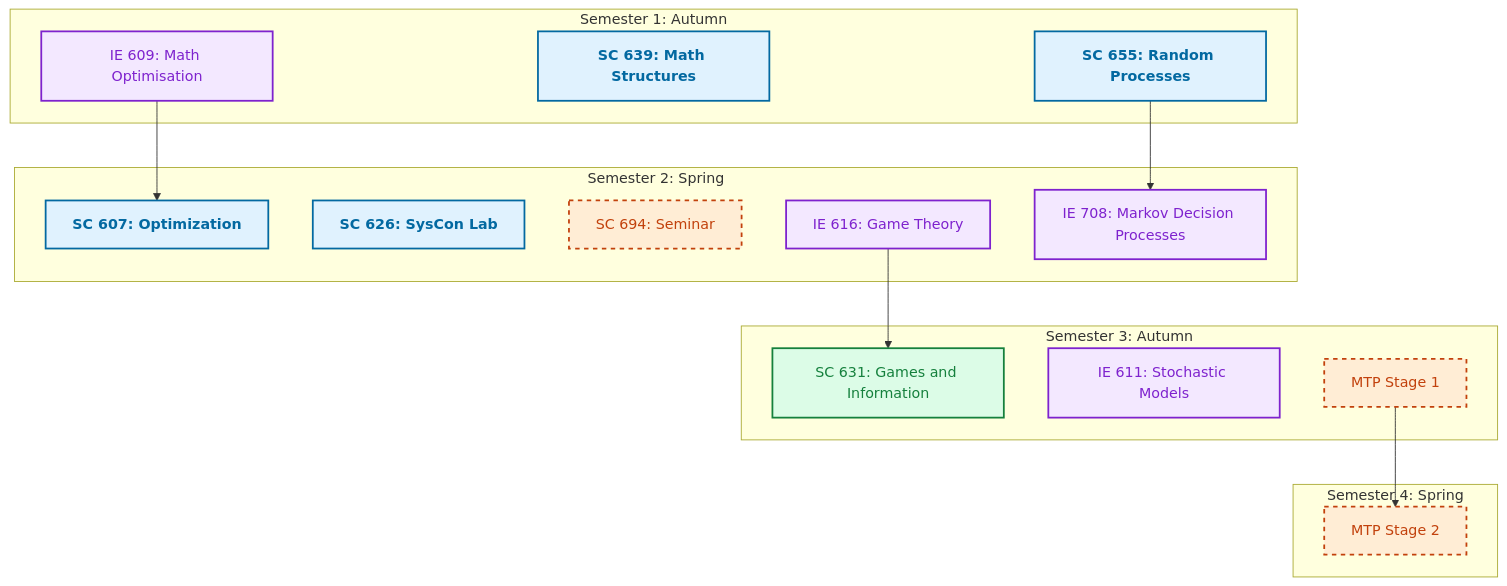
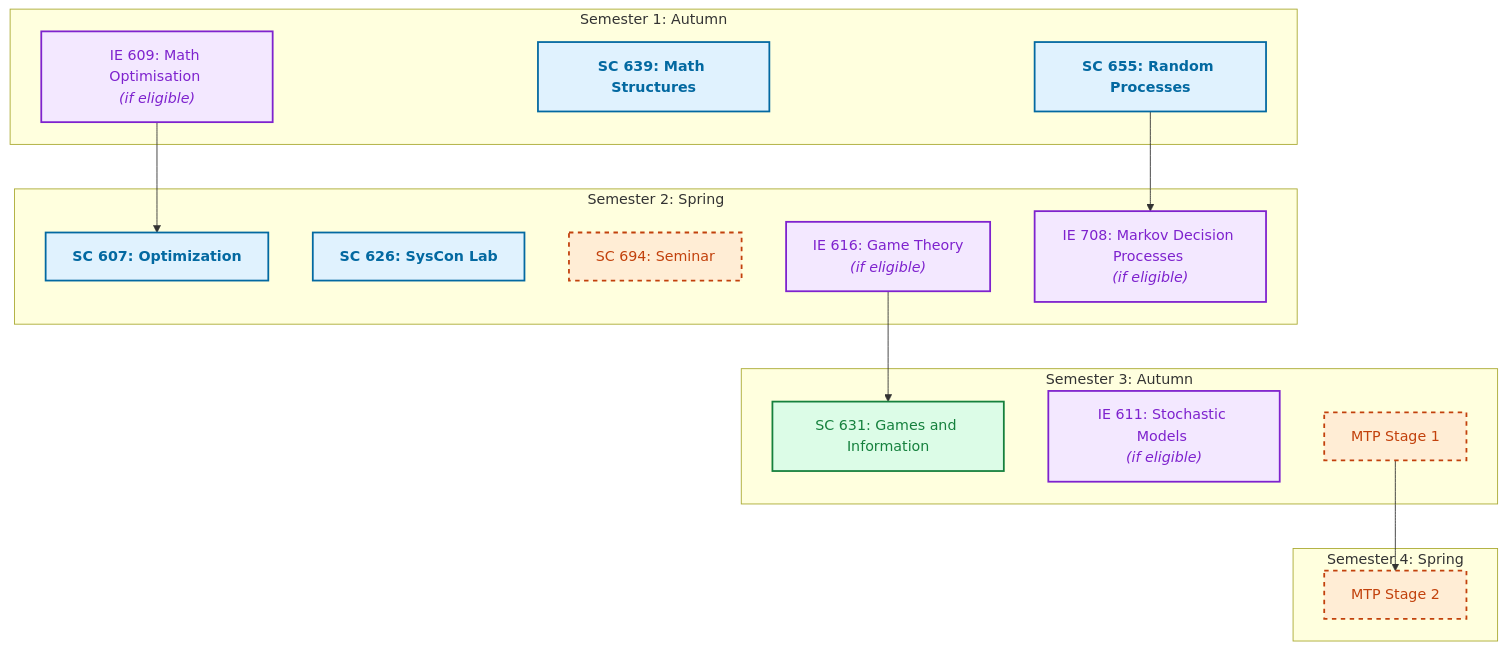
Before and after one commit to StateSpace1977/statespace1977: the fifth of 5 diagrams in _tabs/roadmaps.md, drawn with Mermaid. The commit also changed other lines of this file, not shown here.

Commit message:
Update Roadmaps: Add animated accordion UI, remove CS 699, and add eligibility labels

````diff
--- a/_tabs/roadmaps.md
+++ b/_tabs/roadmaps.md
@@ -195,37 +240,37 @@
 ```mermaid
 flowchart TD
     classDef core fill:#e0f2fe,stroke:#0369a1,color:#0369a1,stroke-width:2px,font-weight:bold;
     classDef elective fill:#dcfce7,stroke:#15803d,color:#15803d,stroke-width:2px;
     classDef milestone fill:#ffedd5,stroke:#c2410c,color:#c2410c,stroke-width:2px,stroke-dasharray: 5 5;
     classDef cross fill:#f3e8ff,stroke:#7e22ce,color:#7e22ce,stroke-width:2px;
 
     subgraph Sem1 [Semester 1: Autumn]
         C1[SC 655: Random Processes]:::core
         C2[SC 639: Math Structures]:::core
-        E1[IE 609: Math Optimisation]:::cross
+        E1["IE 609: Math Optimisation <br><i>(if eligible)</i>"]:::cross
     end
 
     subgraph Sem2 [Semester 2: Spring]
         C3[SC 607: Optimization]:::core
         C4[SC 626: SysCon Lab]:::core
         S[SC 694: Seminar]:::milestone
-        E2[IE 616: Game Theory]:::cross
-        E3[IE 708: Markov Decision Processes]:::cross
+        E2["IE 616: Game Theory <br><i>(if eligible)</i>"]:::cross
+        E3["IE 708: Markov Decision Processes <br><i>(if eligible)</i>"]:::cross
         
         C1 --> E3
         E1 --> C3
     end
 
     subgraph Sem3 [Semester 3: Autumn]
         E4[SC 631: Games and Information]:::elective
-        E5[IE 611: Stochastic Models]:::cross
+        E5["IE 611: Stochastic Models <br><i>(if eligible)</i>"]:::cross
         M1[MTP Stage 1]:::milestone
         
         E2 --> E4
     end
 
     subgraph Sem4 [Semester 4: Spring]
         M2[MTP Stage 2]:::milestone
         M1 --> M2
     end
 ```
````
